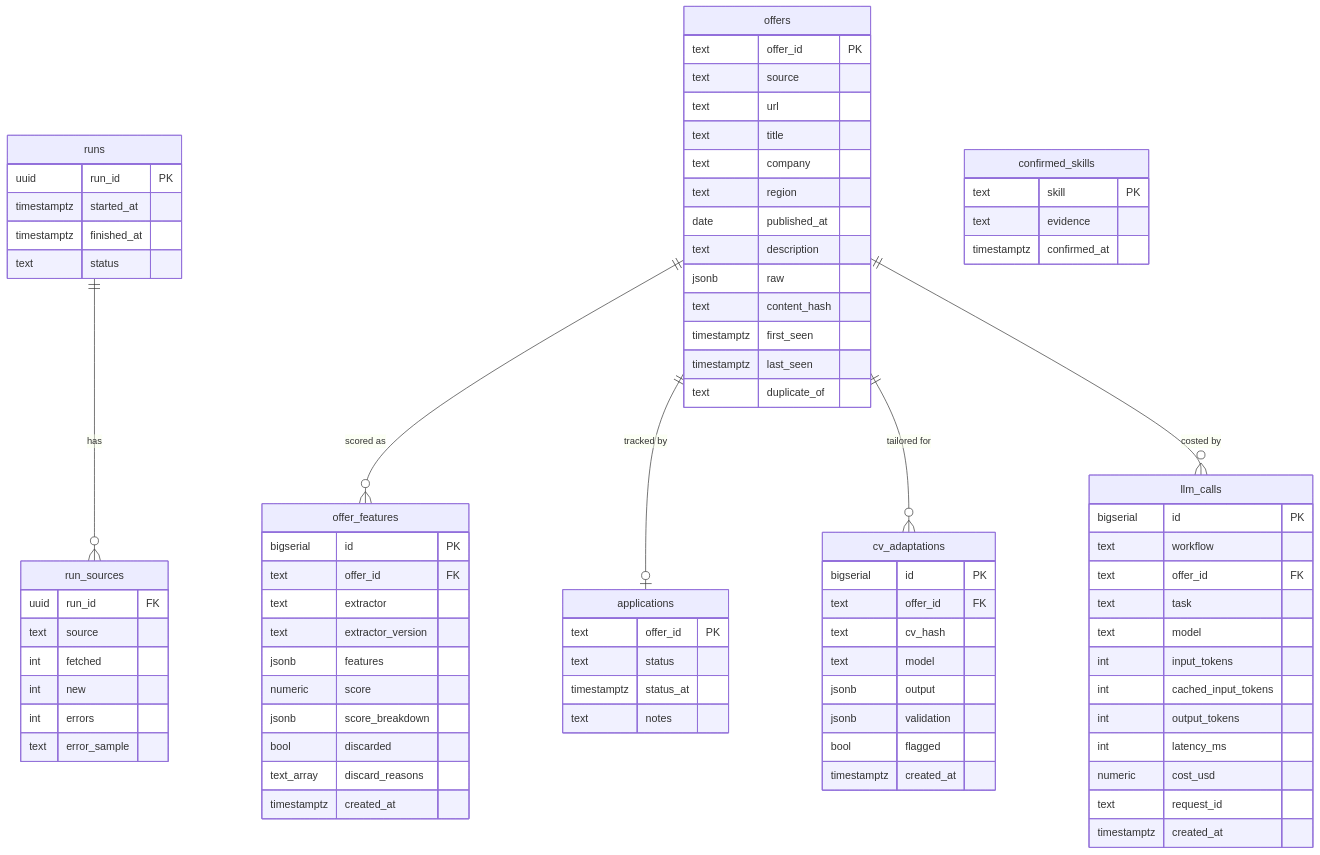
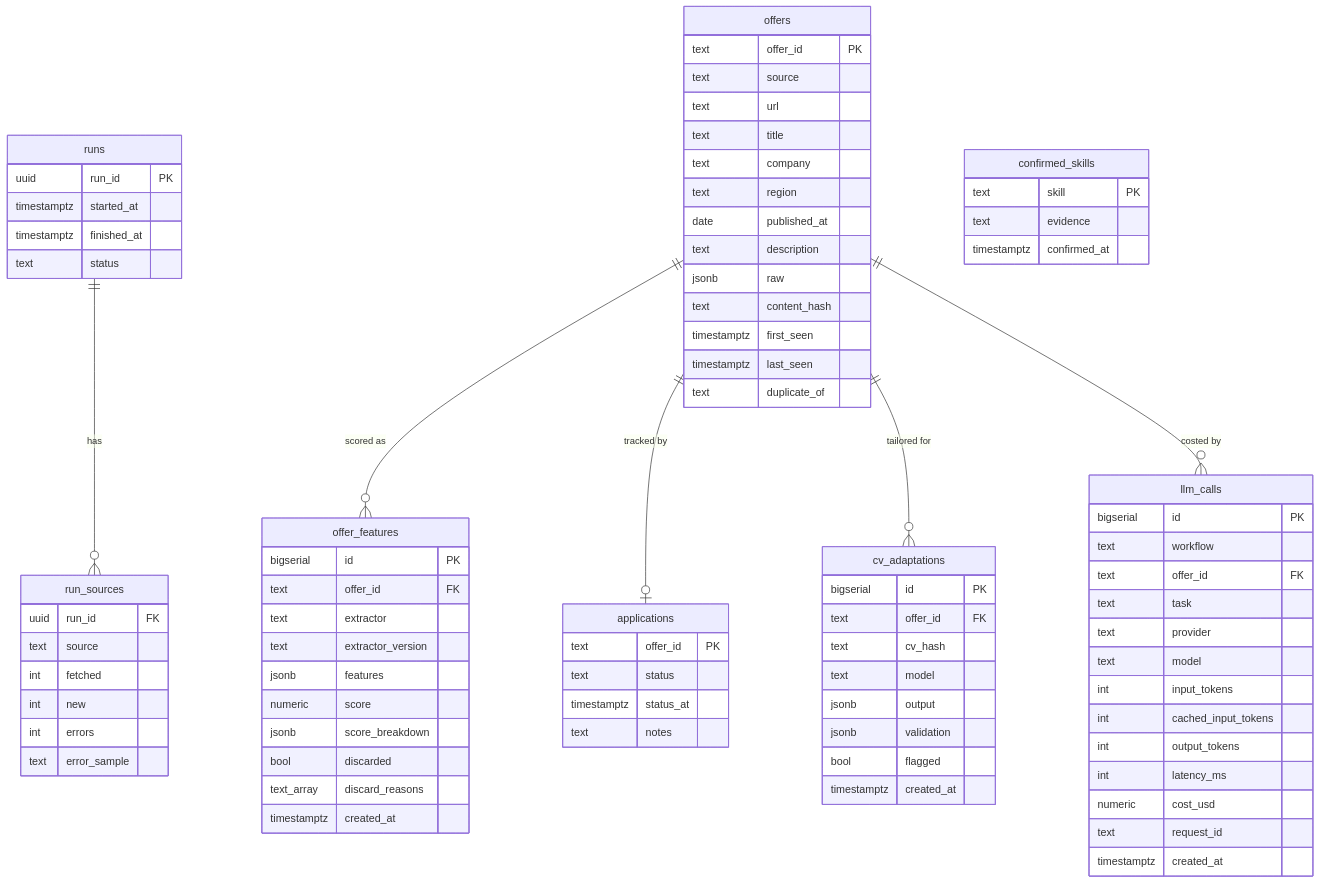
Before and after one commit to iramosv2000/n8n-job-matching-agent: the diagram in docs/data-model.md, drawn with Mermaid. The commit also changed other lines of this file and 8 other files, not shown here.

```diff
--- a/docs/data-model.md
+++ b/docs/data-model.md
@@ -79,6 +79,7 @@
         text workflow
         text offer_id FK
         text task
+        text provider
         text model
         int input_tokens
         int cached_input_tokens
```
